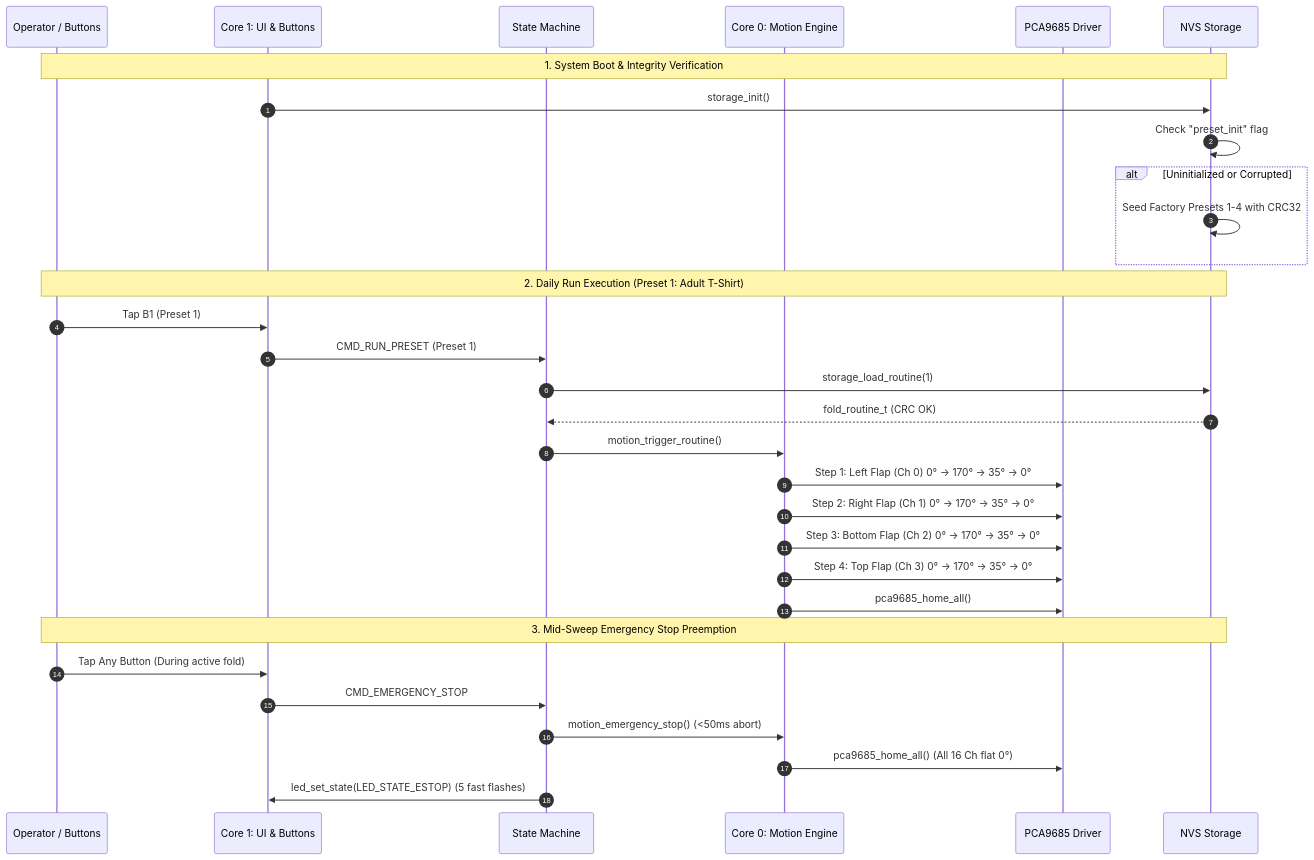
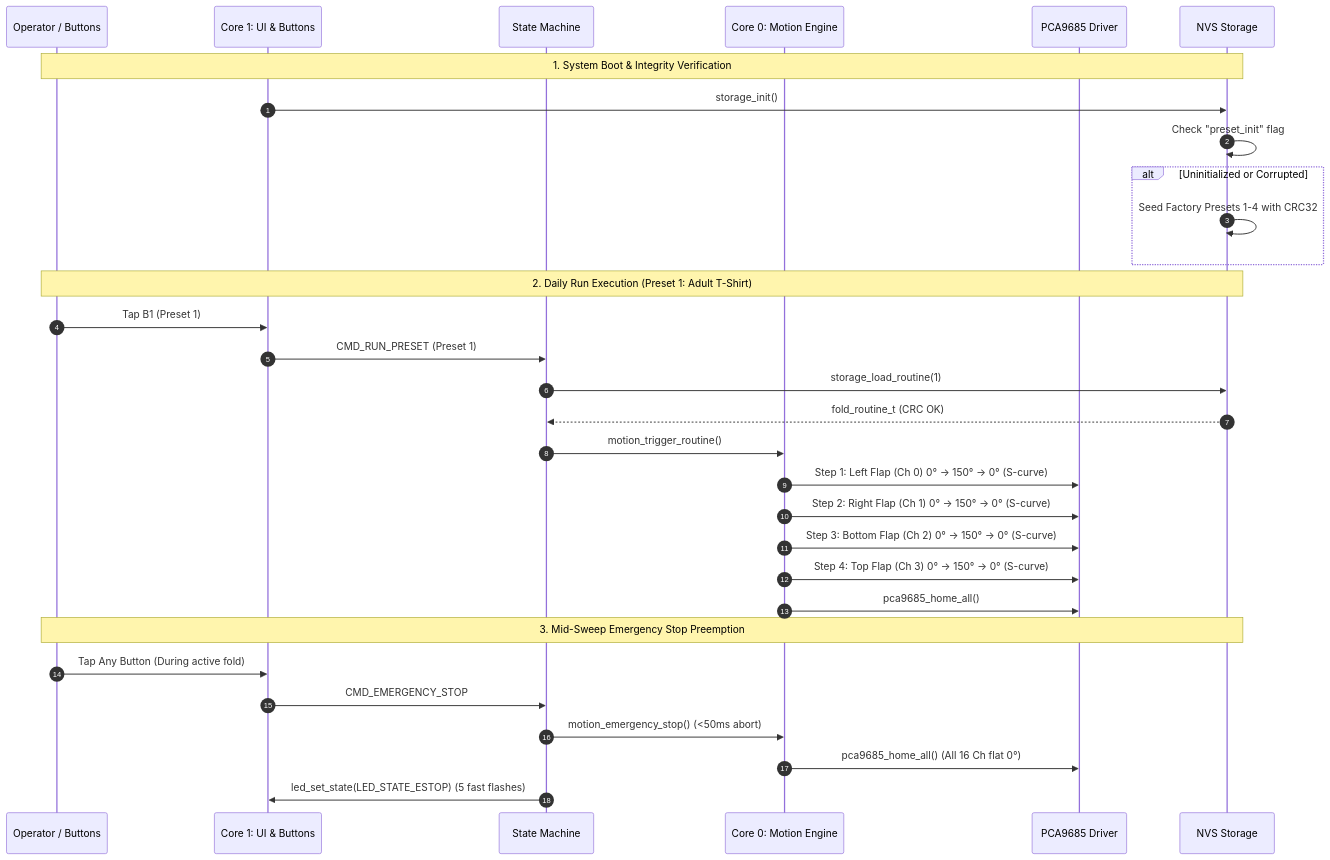
The diagram in firmware/specs/2026-09-07-phase-7-system-validation-preset-library/requirements.md (aiandrobotics/fabrica), drawn with Mermaid before and after one commit. The commit also changed other lines of this file and 58 other files, not shown here.

````diff
--- a/firmware/specs/2026-09-07-phase-7-system-validation-preset-library/requirements.md
+++ b/firmware/specs/2026-09-07-phase-7-system-validation-preset-library/requirements.md
@@ -82,36 +82,36 @@
 ```mermaid
 sequenceDiagram
     autonumber
     participant User as Operator / Buttons
     participant Core1 as Core 1: UI & Buttons
     participant SM as State Machine
     participant Core0 as Core 0: Motion Engine
     participant PCA as PCA9685 Driver
     participant NVS as NVS Storage
 
     Note over User,NVS: 1. System Boot & Integrity Verification
     Core1->>NVS: storage_init()
     NVS->>NVS: Check "preset_init" flag
     alt Uninitialized or Corrupted
         NVS->>NVS: Seed Factory Presets 1-4 with CRC32
     end
 
     Note over User,NVS: 2. Daily Run Execution (Preset 1: Adult T-Shirt)
     User->>Core1: Tap B1 (Preset 1)
     Core1->>SM: CMD_RUN_PRESET (Preset 1)
     SM->>NVS: storage_load_routine(1)
     NVS-->>SM: fold_routine_t (CRC OK)
     SM->>Core0: motion_trigger_routine()
-    Core0->>PCA: Step 1: Left Flap (Ch 0) 0° -> 170° -> 35° -> 0°
-    Core0->>PCA: Step 2: Right Flap (Ch 1) 0° -> 170° -> 35° -> 0°
-    Core0->>PCA: Step 3: Bottom Flap (Ch 2) 0° -> 170° -> 35° -> 0°
-    Core0->>PCA: Step 4: Top Flap (Ch 3) 0° -> 170° -> 35° -> 0°
+    Core0->>PCA: Step 1: Left Flap (Ch 0) 0° -> 150° -> 0° (S-curve)
+    Core0->>PCA: Step 2: Right Flap (Ch 1) 0° -> 150° -> 0° (S-curve)
+    Core0->>PCA: Step 3: Bottom Flap (Ch 2) 0° -> 150° -> 0° (S-curve)
+    Core0->>PCA: Step 4: Top Flap (Ch 3) 0° -> 150° -> 0° (S-curve)
     Core0->>PCA: pca9685_home_all()
 
     Note over User,NVS: 3. Mid-Sweep Emergency Stop Preemption
     User->>Core1: Tap Any Button (During active fold)
     Core1->>SM: CMD_EMERGENCY_STOP
     SM->>Core0: motion_emergency_stop() (<50ms abort)
     Core0->>PCA: pca9685_home_all() (All 16 Ch flat 0°)
     SM->>Core1: led_set_state(LED_STATE_ESTOP) (5 fast flashes)
 ```
````
